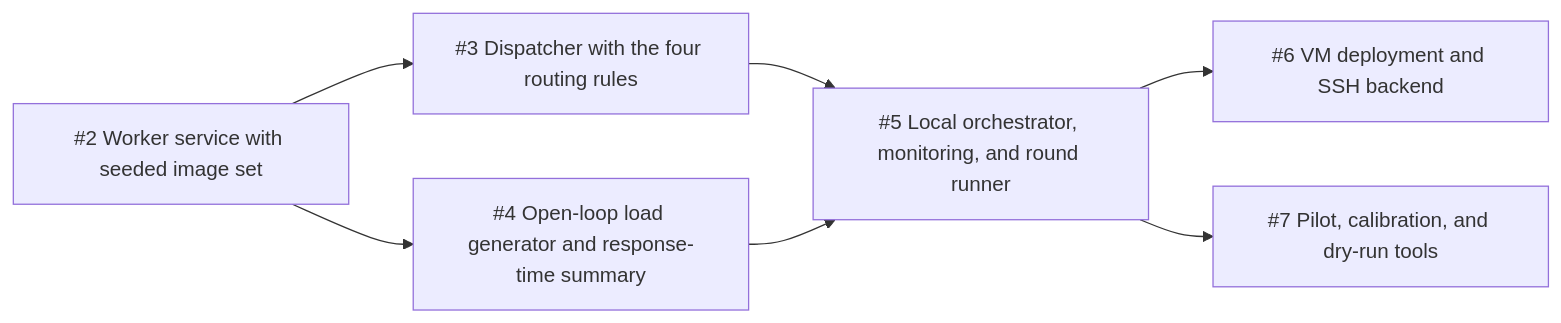
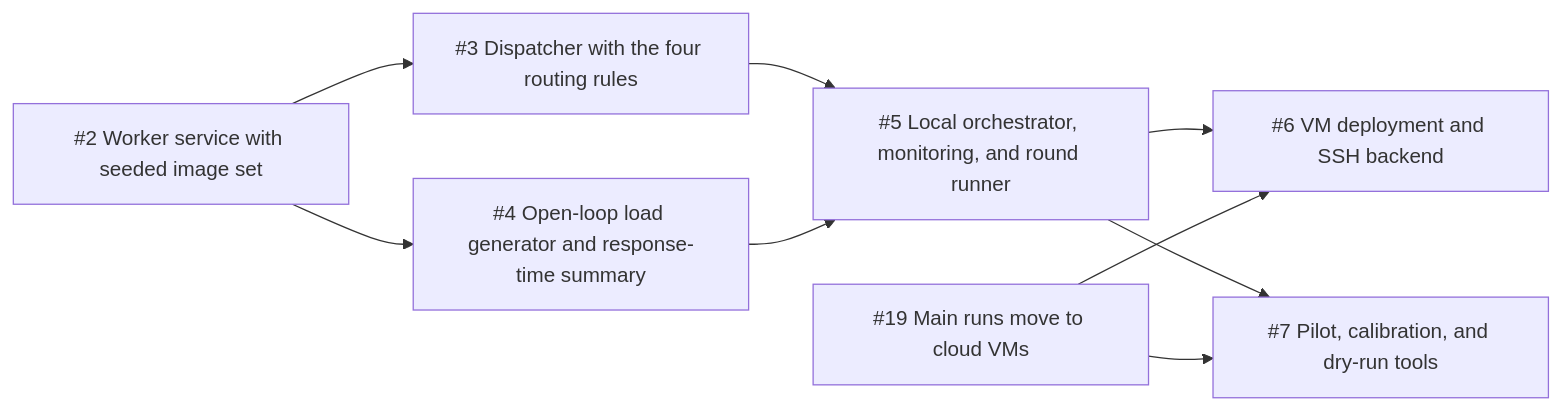
The diagram in implementation/ORCHESTRATION.md (ihmorol/performance-aware-load-balancing), drawn with Mermaid before and after one commit. The commit also changed other lines of this file and 10 other files, not shown here.

First line of the commit message:
Move the main runs from the teammate's PC to cloud VMs

````diff
--- a/implementation/ORCHESTRATION.md
+++ b/implementation/ORCHESTRATION.md
@@ -16,9 +18,11 @@
 ```mermaid
 graph LR
   I2["#2 Worker service with seeded image set"] --> I3["#3 Dispatcher with the four routing rules"]
   I2 --> I4["#4 Open-loop load generator and response-time summary"]
   I3 --> I5["#5 Local orchestrator, monitoring, and round runner"]
   I4 --> I5
   I5 --> I6["#6 VM deployment and SSH backend"]
   I5 --> I7["#7 Pilot, calibration, and dry-run tools"]
+  I19["#19 Main runs move to cloud VMs"] --> I6
+  I19 --> I7
 ```
````
